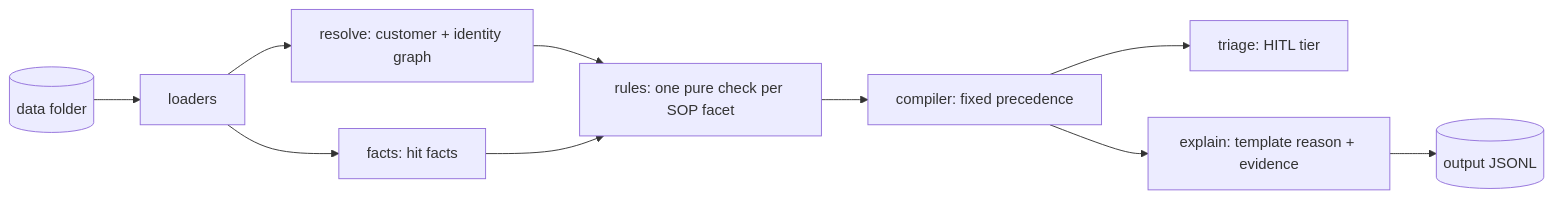
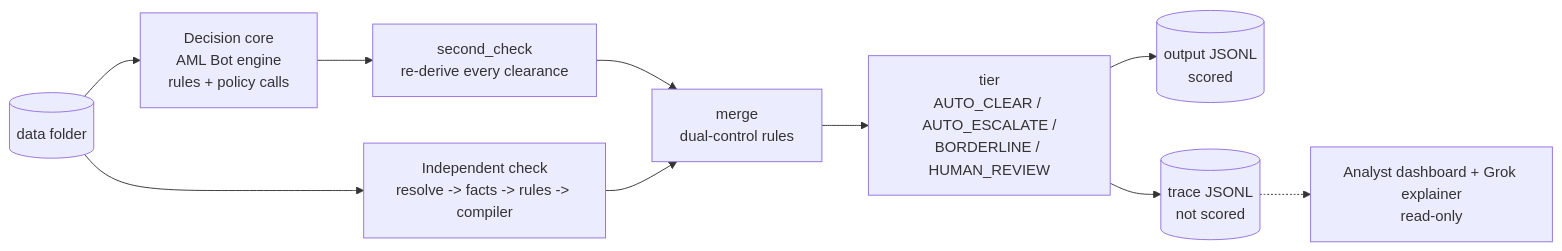
One commit to amirgulubayli/fincrim-screening changed the diagram in system/README.md. Above: the diagram before and after it, drawn with Mermaid. The commit also changed other lines of this file and 3 other files, not shown here.

First line of the commit message:
Docs: judge-facing README, dual-control architecture, HITL, demo with real hit ids (#13)

````diff
--- a/system/README.md
+++ b/system/README.md
@@ -7,8 +41,12 @@
 ```mermaid
 flowchart LR
-    D[(data folder)] --> L[loaders] --> R[resolve: customer + identity graph]
-    L --> F[facts: hit facts]
-    R --> X[rules: one pure check per SOP facet]
-    F --> X --> C[compiler: fixed precedence] --> T[triage: HITL tier]
-    C --> E[explain: template reason + evidence] --> O[(output JSONL)]
+    D[(data folder)] --> CORE[Decision core<br/>AML Bot engine<br/>rules + policy calls]
+    CORE --> SC[second_check<br/>re-derive every clearance]
+    D --> CHK[Independent check<br/>resolve -> facts -> rules -> compiler]
+    SC --> M[merge<br/>dual-control rules]
+    CHK --> M
+    M --> T[tier<br/>AUTO_CLEAR / AUTO_ESCALATE /<br/>BORDERLINE / HUMAN_REVIEW]
+    T --> O[(output JSONL<br/>scored)]
+    T --> TR[(trace JSONL<br/>not scored)]
+    TR -.-> UI[Analyst dashboard + Grok explainer<br/>read-only]
 ```
````
